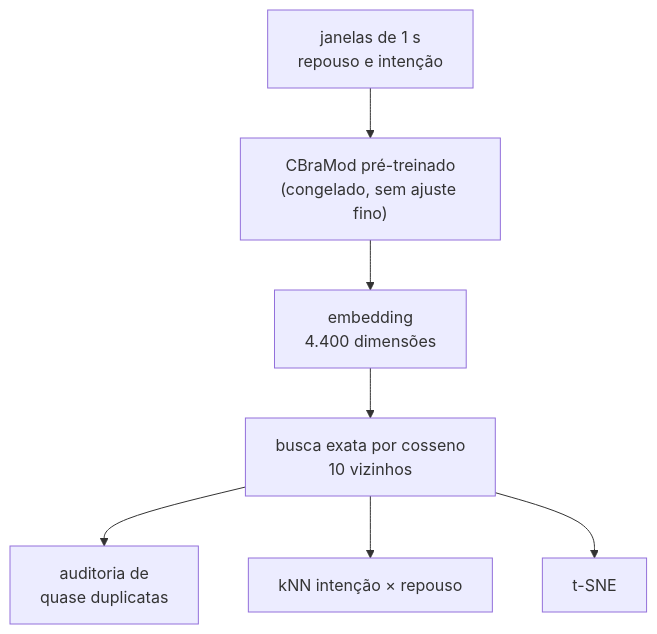
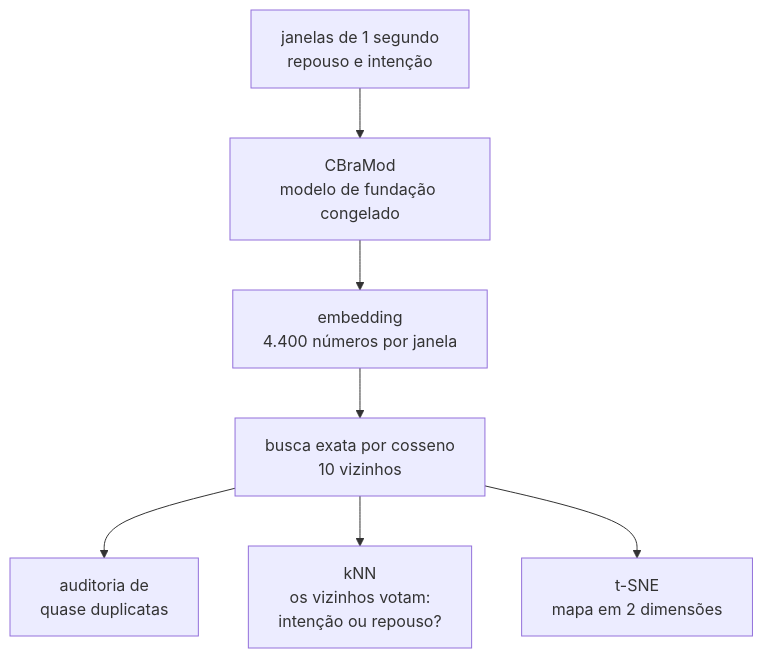
Before and after one commit to kafb04/data-engineering-multimodal-ai: the eighth of 10 diagrams in README.md, drawn with Mermaid. The commit also changed other lines of this file, not shown here.

````diff
--- a/README.md
+++ b/README.md
@@ -200,9 +289,9 @@
 ```mermaid
 flowchart TD
-    A["janelas de 1 s<br/>repouso e intenção"] --> B["CBraMod pré-treinado<br/>(congelado, sem ajuste fino)"]
-    B --> C["embedding<br/>4.400 dimensões"]
+    A["janelas de 1 segundo<br/>repouso e intenção"] --> B["CBraMod<br/>modelo de fundação congelado"]
+    B --> C["embedding<br/>4.400 números por janela"]
     C --> D["busca exata por cosseno<br/>10 vizinhos"]
     D --> E["auditoria de<br/>quase duplicatas"]
-    D --> F["kNN intenção × repouso"]
-    D --> G["t-SNE"]
+    D --> F["kNN<br/>os vizinhos votam:<br/>intenção ou repouso?"]
+    D --> G["t-SNE<br/>mapa em 2 dimensões"]
 ```
````
